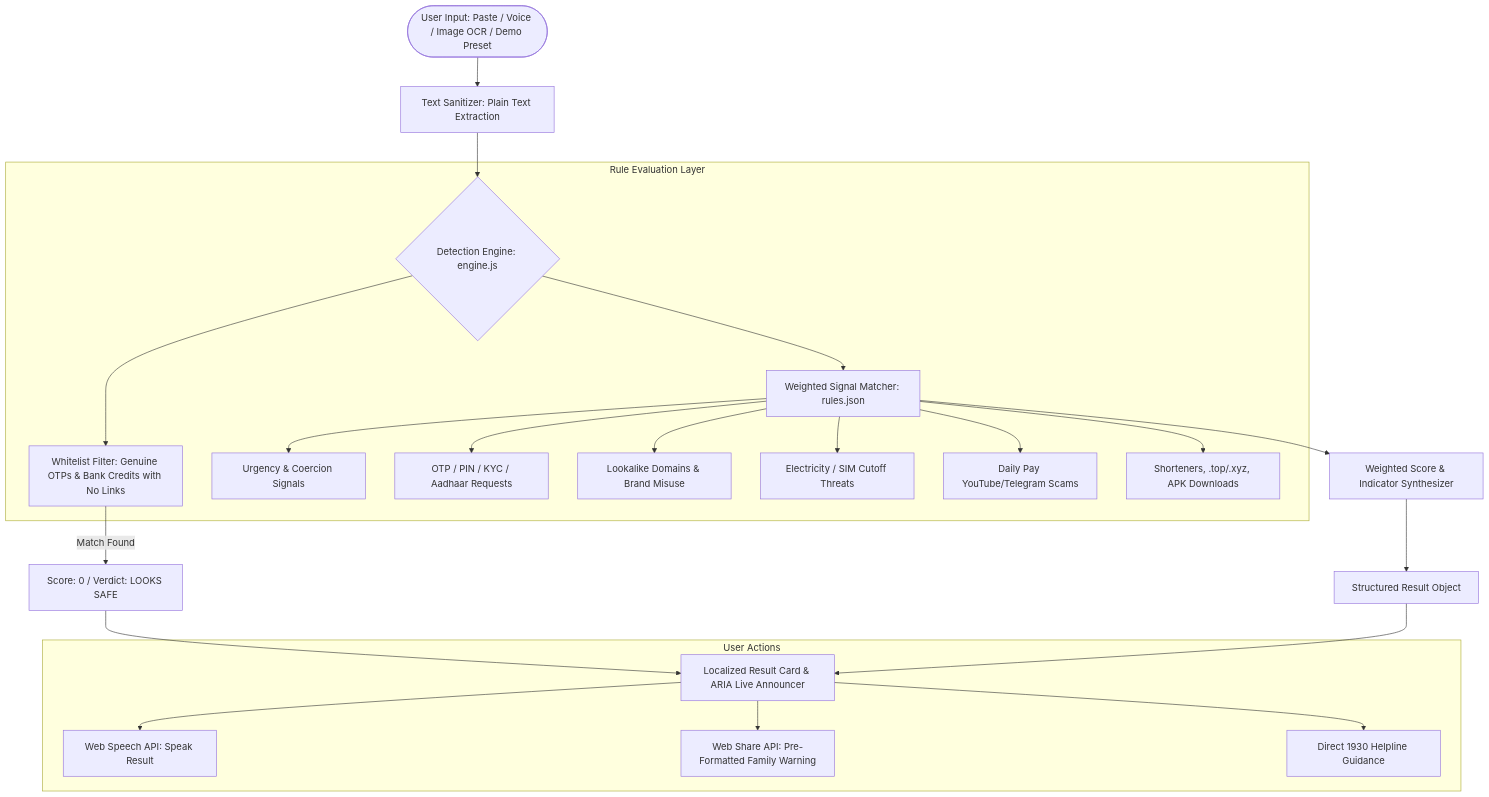
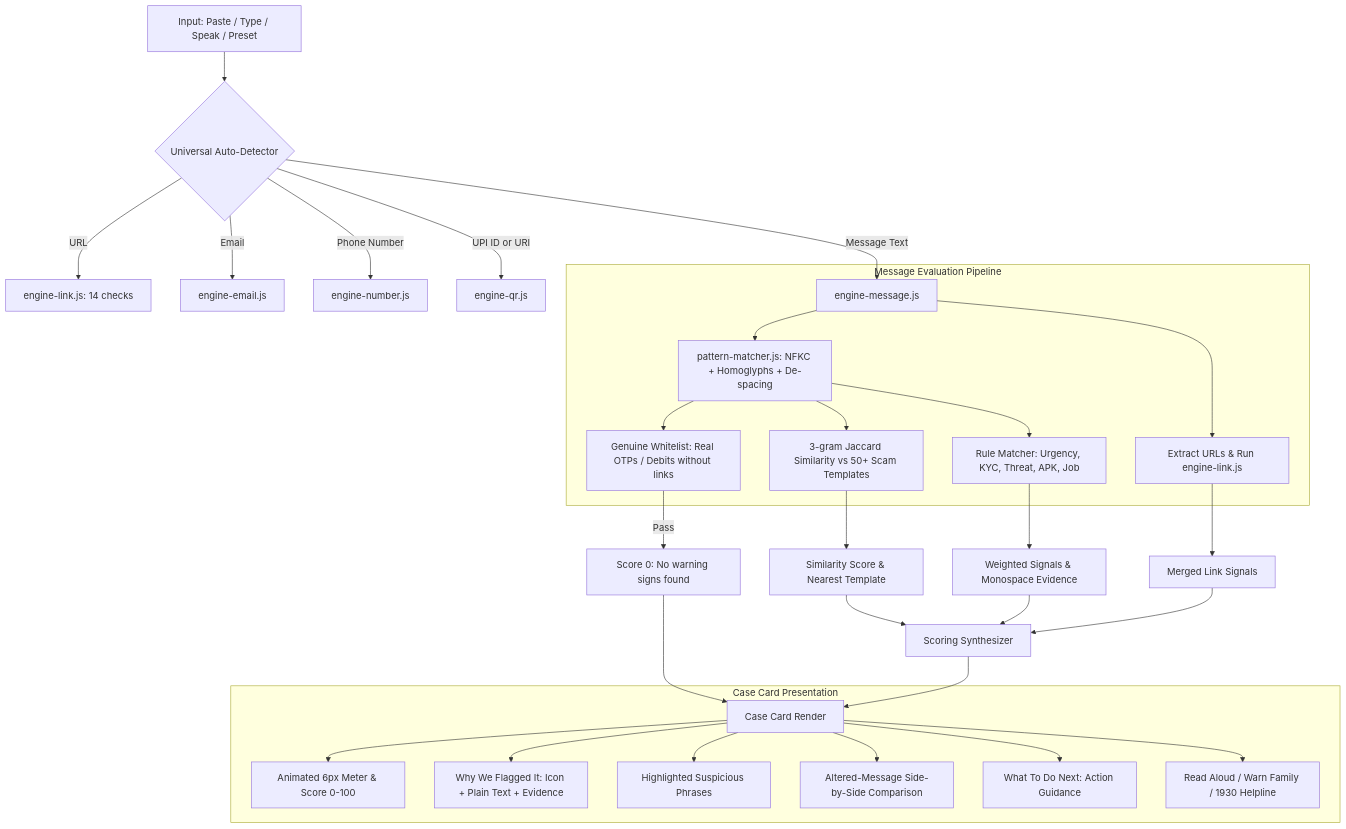
One commit to Xani113/baitcheck changed the diagram in PLAN.md. Above: the diagram before and after it, drawn with Mermaid. The commit also changed other lines of this file and 35 other files, not shown here.

Commit message:
feat(baitcheck): build multi-tool PWA with paper-and-ink design, altered message detection, and 82 evals

````diff
--- a/PLAN.md
+++ b/PLAN.md
@@ -47,29 +68,35 @@
 ```mermaid
 flowchart TD
-    UserInput([User Input: Paste / Voice / Image OCR / Demo Preset]) --> TextSanitizer[Text Sanitizer: Plain Text Extraction]
-    TextSanitizer --> Engine{Detection Engine: engine.js}
+    UserInput[Input: Paste / Type / Speak / Preset] --> TypeDetector{Universal Auto-Detector}
+    TypeDetector -->|URL| LinkEngine[engine-link.js: 14 checks]
+    TypeDetector -->|Email| EmailEngine[engine-email.js]
+    TypeDetector -->|Phone Number| PhoneEngine[engine-number.js]
+    TypeDetector -->|UPI ID or URI| QREngine[engine-qr.js]
+    TypeDetector -->|Message Text| MessageEngine[engine-message.js]
     
-    subgraph Rule Evaluation Layer
-        Engine --> WhitelistCheck[Whitelist Filter: Genuine OTPs & Bank Credits with No Links]
-        Engine --> RuleMatcher[Weighted Signal Matcher: rules.json]
-        RuleMatcher --> UrgencySignal[Urgency & Coercion Signals]
-        RuleMatcher --> CredentialSignal[OTP / PIN / KYC / Aadhaar Requests]
-        RuleMatcher --> BrandSpoofSignal[Lookalike Domains & Brand Misuse]
-        RuleMatcher --> UtilityExtortion[Electricity / SIM Cutoff Threats]
-        RuleMatcher --> JobTaskScam[Daily Pay YouTube/Telegram Scams]
-        RuleMatcher --> SuspiciousLinks[Shorteners, .top/.xyz, APK Downloads]
+    subgraph Message Evaluation Pipeline
+        MessageEngine --> Deobfuscator[pattern-matcher.js: NFKC + Homoglyphs + De-spacing]
+        Deobfuscator --> WhitelistFilter[Genuine Whitelist: Real OTPs / Debits without links]
+        Deobfuscator --> TemplateMatcher[3-gram Jaccard Similarity vs 50+ Scam Templates]
+        Deobfuscator --> SignalScanner[Rule Matcher: Urgency, KYC, Threat, APK, Job]
+        MessageEngine --> EmbeddedURLCheck[Extract URLs & Run engine-link.js]
     end
 
-    WhitelistCheck -->|Match Found| SafeVerdict[Score: 0 / Verdict: LOOKS SAFE]
-    RuleMatcher --> Aggregator[Weighted Score & Indicator Synthesizer]
-    Aggregator --> OutputObject[Structured Result Object]
-    
-    SafeVerdict --> UI
-    OutputObject --> UI[Localized Result Card & ARIA Live Announcer]
+    WhitelistFilter -->|Pass| SafeScore[Score 0: No warning signs found]
+    TemplateMatcher --> MatchResult[Similarity Score & Nearest Template]
+    SignalScanner --> FlaggedSignals[Weighted Signals & Monospace Evidence]
+    EmbeddedURLCheck --> MergedSignals[Merged Link Signals]
 
-    subgraph User Actions
-        UI --> ReadAloud[Web Speech API: Speak Result]
-        UI --> FamilyShare[Web Share API: Pre-Formatted Family Warning]
-        UI --> ReportCybercrime[Direct 1930 Helpline Guidance]
+    MatchResult & FlaggedSignals & MergedSignals --> Synthesizer[Scoring Synthesizer]
+    Synthesizer --> CaseCard[Case Card Render]
+    SafeScore --> CaseCard
+
+    subgraph Case Card Presentation
+        CaseCard --> Meter[Animated 6px Meter & Score 0-100]
+        CaseCard --> SignalsList[Why We Flagged It: Icon + Plain Text + Evidence]
+        CaseCard --> TextHighlight[Highlighted Suspicious Phrases]
+        CaseCard --> PatternCompare[Altered-Message Side-by-Side Comparison]
+        CaseCard --> NextSteps[What To Do Next: Action Guidance]
+        CaseCard --> Actions[Read Aloud / Warn Family / 1930 Helpline]
     end
 ```
````
